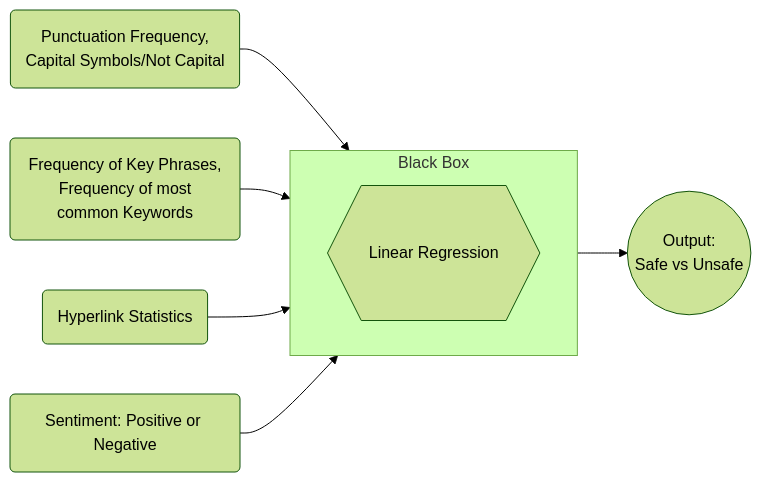
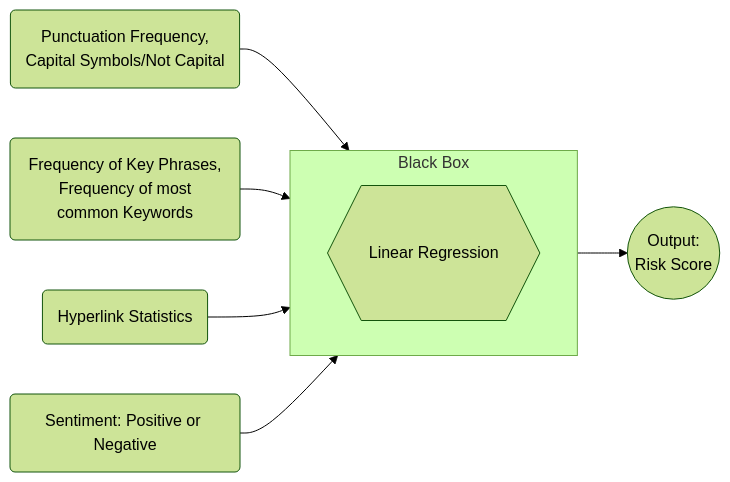
The diagram in blackBoxDiagram.md (AutofillMe/CDS303), drawn with Mermaid (forest theme) before and after one commit.

Commit message:
Update blackBoxDiagram.md corrected output

````diff
--- a/blackBoxDiagram.md
+++ b/blackBoxDiagram.md
@@ -2,16 +2,16 @@
 ```mermaid
 flowchart LR
     id1(Punctuation Frequency,\nCapital Symbols/Not Capital)
     id2(Frequency of Key Phrases,\n Frequency of most common Keywords)
     id3(Hyperlink Statistics)
     id5(Sentiment: Positive or Negative)
     subgraph sb [Black Box]
         direction LR
         id4{{\n\nLinear Regression\n\n\n}}        
     end
     id1 --> id4
     id2 --> id4
     id3 --> id4
     id5 --> id4
-    id4 --> id8((Output:\nSafe vs Unsafe))
+    id4 --> id8((Output:\n Risk Score))
 ```
````
